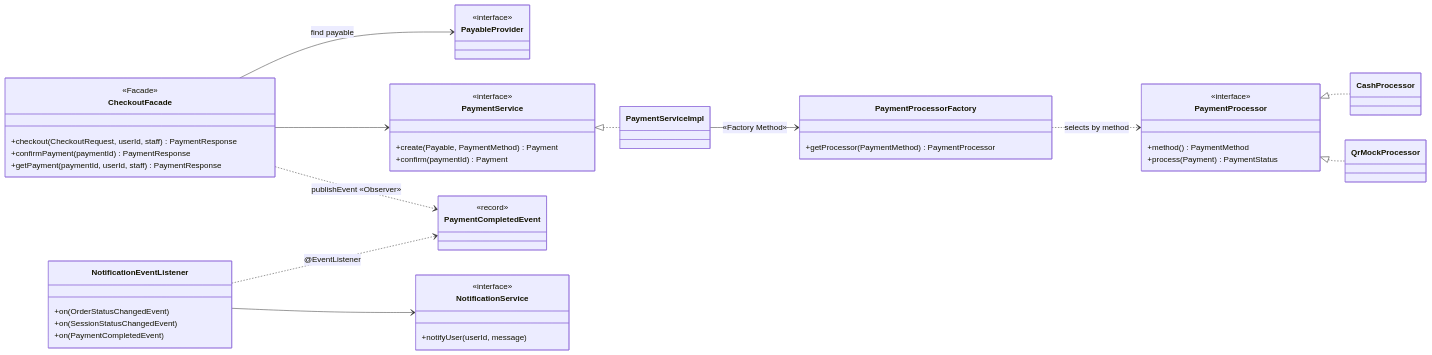
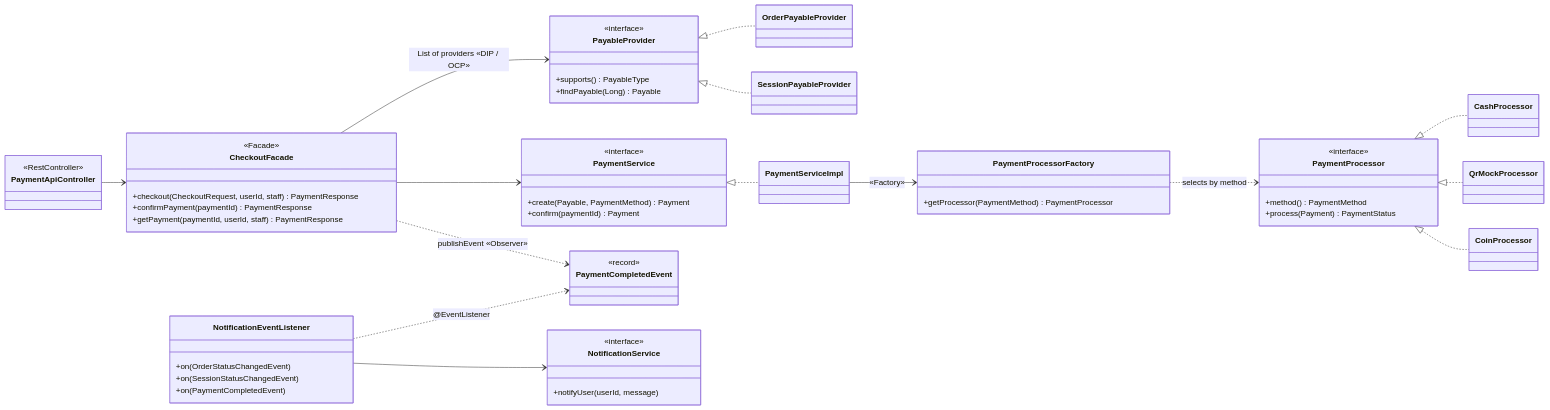
One commit to Oakiez/Laundry-Hub changed the fourth of 4 diagrams in doc/diagrams/class-diagram.md. Above: the diagram before and after it, drawn with Mermaid. The commit also changed other lines of this file, not shown here.

Commit message:
docs: update class diagram for service types, machine states, session payments and coin processor

````diff
--- a/doc/diagrams/class-diagram.md
+++ b/doc/diagrams/class-diagram.md
@@ -250,53 +356,65 @@
 ```mermaid
 classDiagram
     direction LR
 
+    class PaymentApiController {
+        <<RestController>>
+    }
     class CheckoutFacade {
         <<Facade>>
         +checkout(CheckoutRequest, userId, staff) PaymentResponse
         +confirmPayment(paymentId) PaymentResponse
         +getPayment(paymentId, userId, staff) PaymentResponse
     }
     class PayableProvider {
         <<interface>>
+        +supports() PayableType
+        +findPayable(Long) Payable
     }
+    class OrderPayableProvider
+    class SessionPayableProvider
     class PaymentService {
         <<interface>>
         +create(Payable, PaymentMethod) Payment
         +confirm(paymentId) Payment
     }
     class PaymentServiceImpl
     class PaymentProcessorFactory {
         +getProcessor(PaymentMethod) PaymentProcessor
     }
     class PaymentProcessor {
         <<interface>>
         +method() PaymentMethod
         +process(Payment) PaymentStatus
     }
     class CashProcessor
     class QrMockProcessor
+    class CoinProcessor
     class PaymentCompletedEvent {
         <<record>>
     }
     class NotificationEventListener {
         +on(OrderStatusChangedEvent)
         +on(SessionStatusChangedEvent)
         +on(PaymentCompletedEvent)
     }
     class NotificationService {
         <<interface>>
         +notifyUser(userId, message)
     }
 
-    CheckoutFacade --> PayableProvider : find payable
+    PaymentApiController --> CheckoutFacade
+    CheckoutFacade --> PayableProvider : List of providers «DIP / OCP»
+    PayableProvider <|.. OrderPayableProvider
+    PayableProvider <|.. SessionPayableProvider
     CheckoutFacade --> PaymentService
     CheckoutFacade ..> PaymentCompletedEvent : publishEvent «Observer»
     PaymentService <|.. PaymentServiceImpl
-    PaymentServiceImpl --> PaymentProcessorFactory : «Factory Method»
+    PaymentServiceImpl --> PaymentProcessorFactory : «Factory»
     PaymentProcessorFactory ..> PaymentProcessor : selects by method
     PaymentProcessor <|.. CashProcessor
     PaymentProcessor <|.. QrMockProcessor
+    PaymentProcessor <|.. CoinProcessor
     NotificationEventListener ..> PaymentCompletedEvent : @EventListener
     NotificationEventListener --> NotificationService
 ```
````
